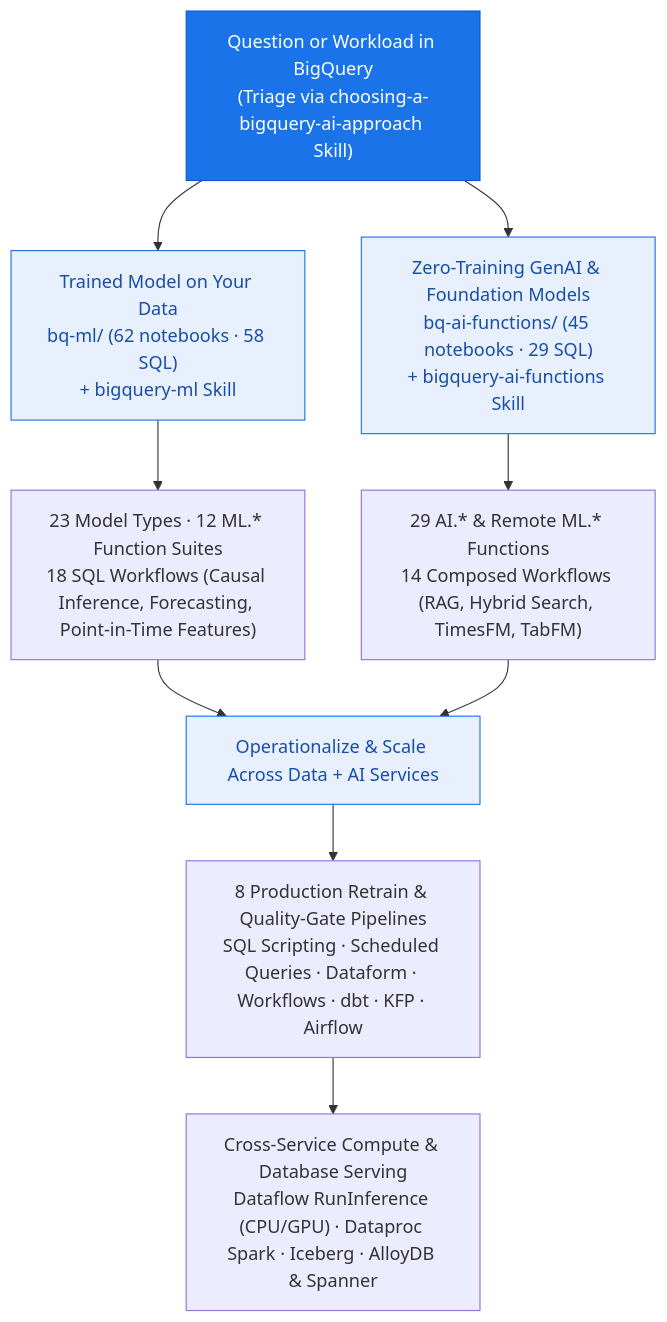
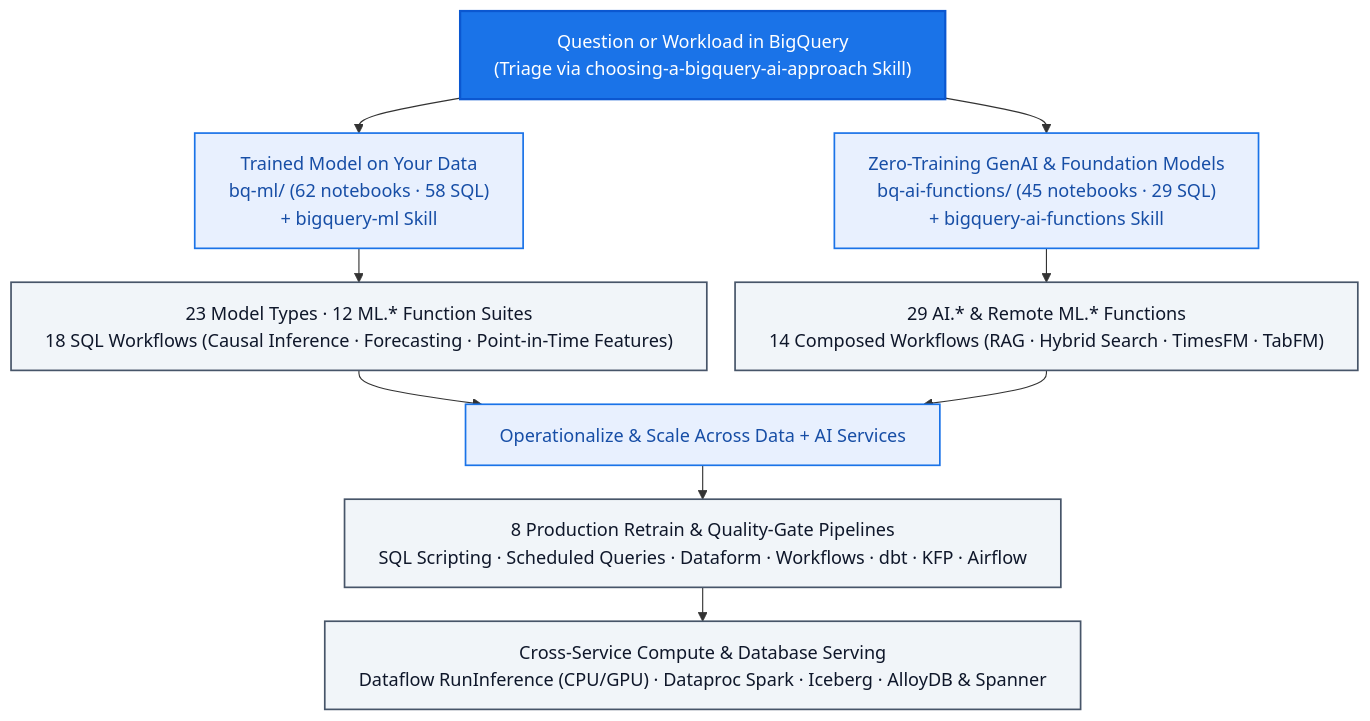
One commit to statmike/gcp-mlops changed the diagram in data+ai/readme.md. Above: the diagram before and after it, drawn with Mermaid. The commit also changed 5 other files, not shown here.

Commit message:
docs: update Gemini Enterprise naming lineage and fix Mermaid contrast/wrapping across all 6 diagrams

````diff
--- a/data+ai/readme.md
+++ b/data+ai/readme.md
@@ -44,17 +44,20 @@
 ```mermaid
+%%{init: {'flowchart': {'wrappingWidth': 650, 'nodeSpacing': 25, 'rankSpacing': 30}}}%%
 flowchart TD
     Q["Question or Workload in BigQuery<br/>(Triage via choosing-a-bigquery-ai-approach Skill)"]
     Q --> PathA["Trained Model on Your Data<br/>bq-ml/ (62 notebooks · 58 SQL)<br/>+ bigquery-ml Skill"]
     Q --> PathB["Zero-Training GenAI & Foundation Models<br/>bq-ai-functions/ (45 notebooks · 29 SQL)<br/>+ bigquery-ai-functions Skill"]
-    PathA --> Models["23 Model Types · 12 ML.* Function Suites<br/>18 SQL Workflows (Causal Inference, Forecasting, Point-in-Time Features)"]
-    PathB --> Functions["29 AI.* & Remote ML.* Functions<br/>14 Composed Workflows (RAG, Hybrid Search, TimesFM, TabFM)"]
+    PathA --> Models["23 Model Types · 12 ML.* Function Suites<br/>18 SQL Workflows (Causal Inference · Forecasting · Point-in-Time Features)"]
+    PathB --> Functions["29 AI.* & Remote ML.* Functions<br/>14 Composed Workflows (RAG · Hybrid Search · TimesFM · TabFM)"]
     Models --> Scale["Operationalize & Scale Across Data + AI Services"]
     Functions --> Scale
     Scale --> Pipelines["8 Production Retrain & Quality-Gate Pipelines<br/>SQL Scripting · Scheduled Queries · Dataform · Workflows · dbt · KFP · Airflow"]
     Pipelines --> Cross["Cross-Service Compute & Database Serving<br/>Dataflow RunInference (CPU/GPU) · Dataproc Spark · Iceberg · AlloyDB & Spanner"]
 
-    classDef top fill:#1a73e8,stroke:#0b57d0,color:#fff
-    classDef branch fill:#e8f0fe,stroke:#1a73e8,color:#174ea6
+    classDef top fill:#1a73e8,stroke:#0b57d0,stroke-width:2px,color:#ffffff
+    classDef branch fill:#e8f0fe,stroke:#1a73e8,stroke-width:1.5px,color:#174ea6
+    classDef detail fill:#f1f5f9,stroke:#475569,stroke-width:1.5px,color:#0f172a
     class Q top
     class PathA,PathB,Scale branch
+    class Models,Functions,Pipelines,Cross detail
 ```
````
